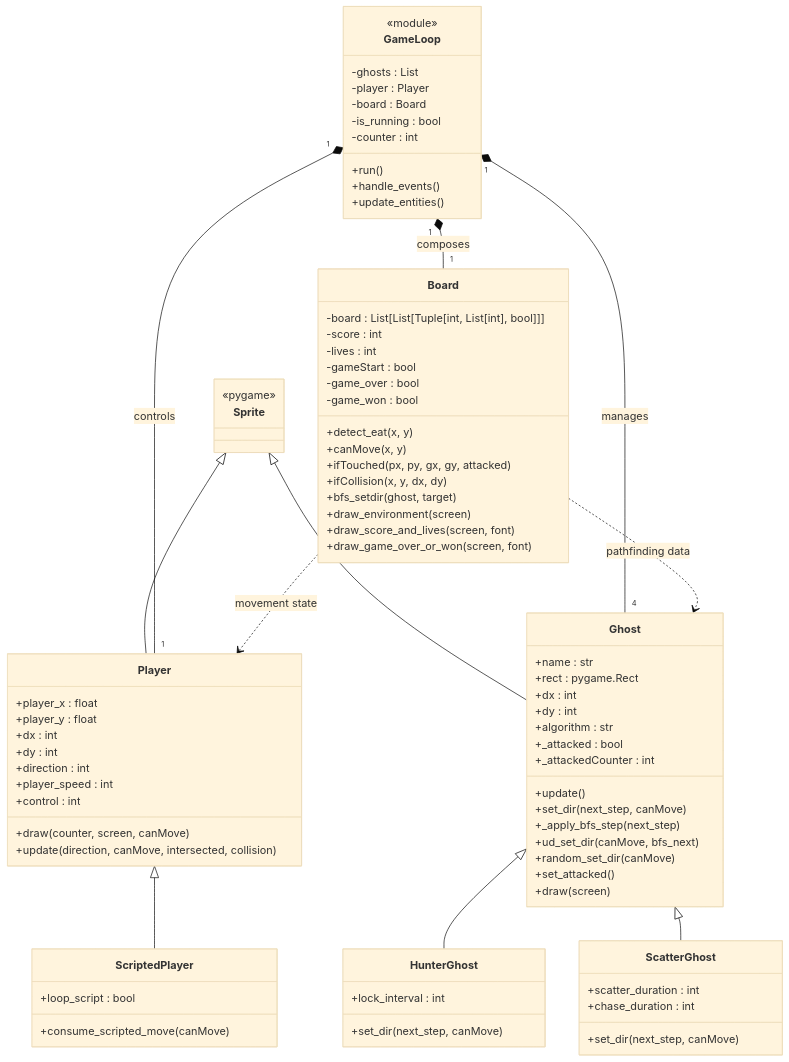
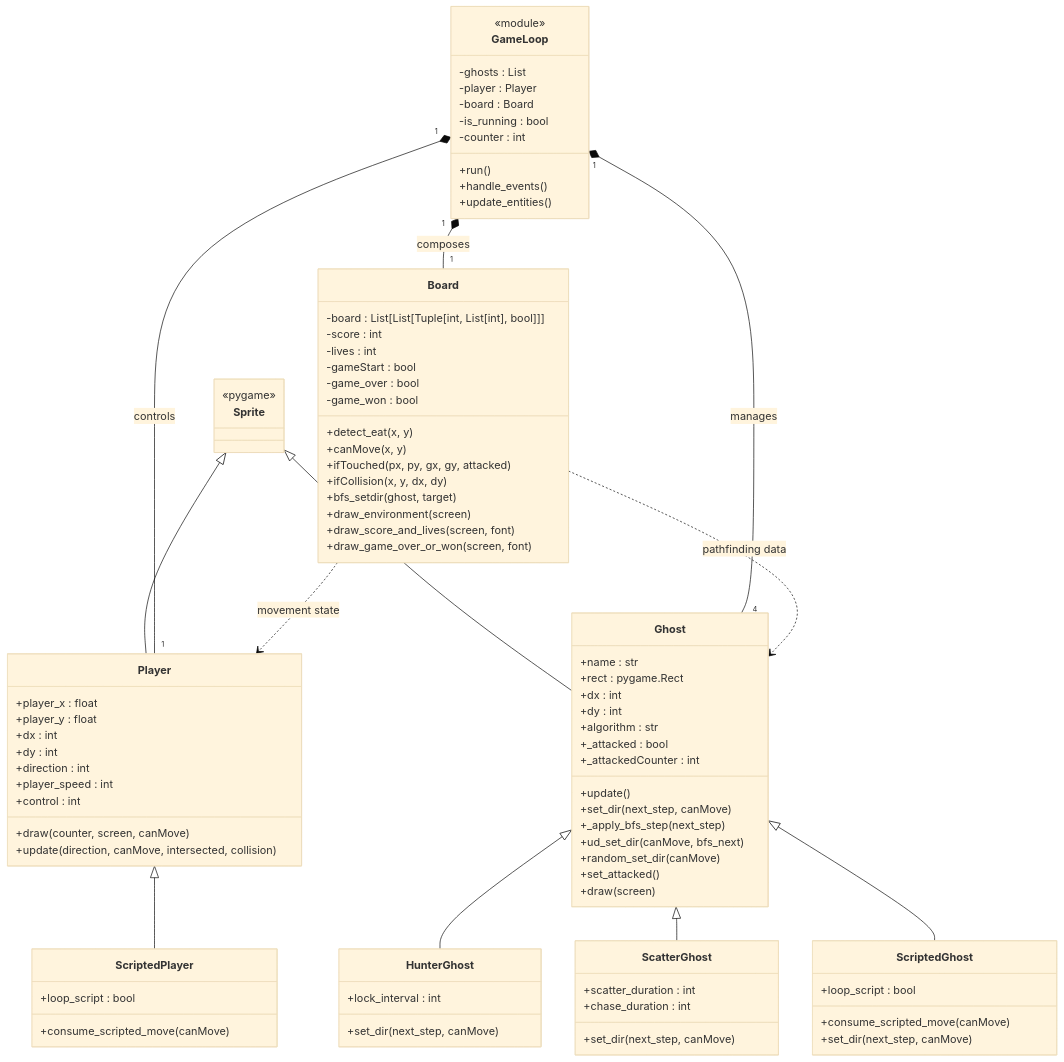
The diagram in docs/uml-class-diagram.md (ARG-NCTU/oop-proj-4-pacman), drawn with Mermaid (base theme) before and after one commit. The commit also changed other lines of this file, not shown here.

Commit message:
Add ScriptedGhost class to UML diagram

```diff
--- a/docs/uml-class-diagram.md
+++ b/docs/uml-class-diagram.md
@@ -82,11 +82,18 @@
         +set_dir(next_step, canMove)
     }
 
+    class ScriptedGhost {
+        +loop_script : bool
+        +consume_scripted_move(canMove)
+        +set_dir(next_step, canMove)
+    }
+
     Sprite <|-- Player
     Player <|-- ScriptedPlayer
     Sprite <|-- Ghost
     Ghost <|-- HunterGhost
     Ghost <|-- ScatterGhost
+    Ghost <|-- ScriptedGhost
     GameLoop "1" *-- "1" Board : composes
     GameLoop "1" *-- "1" Player : controls
     GameLoop "1" *-- "4" Ghost : manages
```
